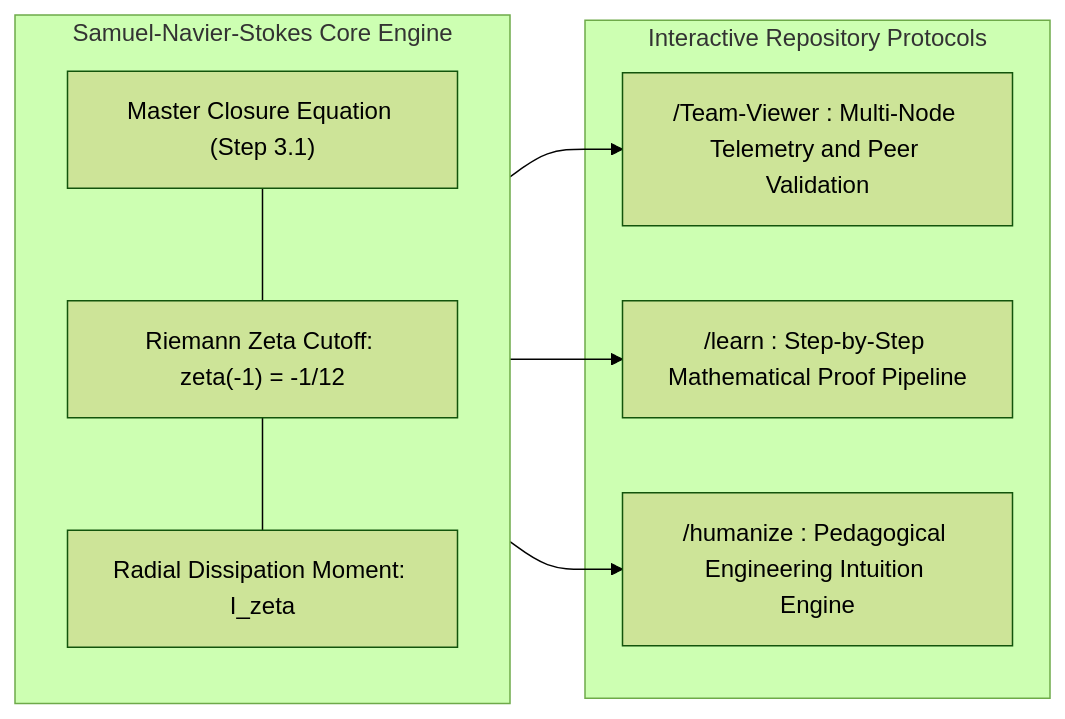
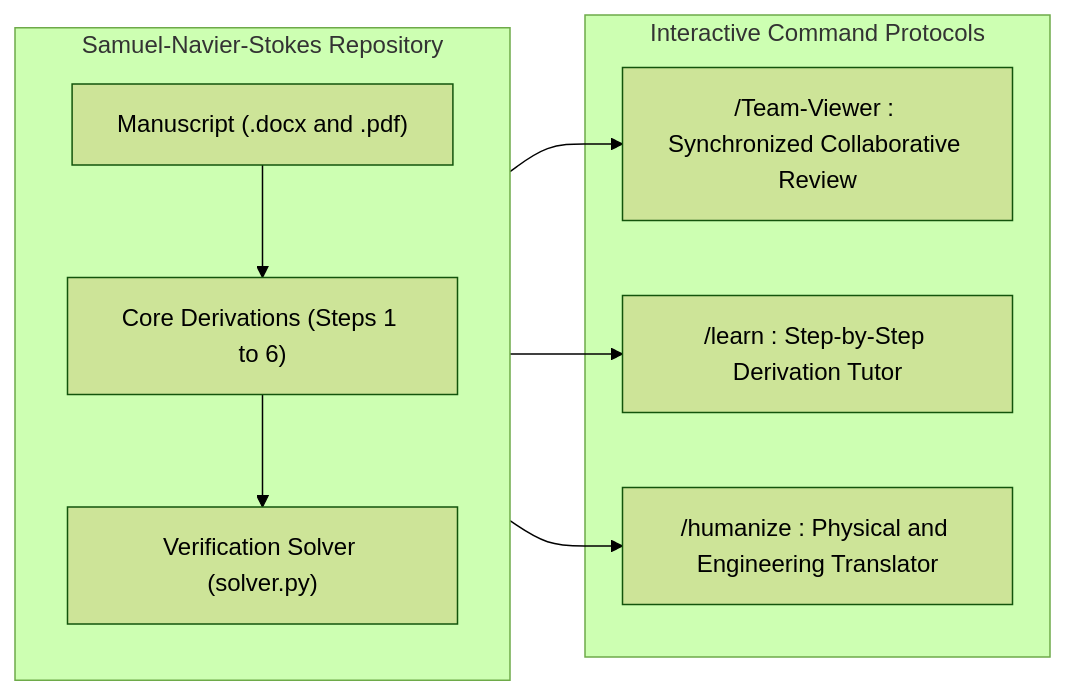
Before and after one commit to SamuelPurba/Samuel-Navier-Stocks-Equation-Solution: the second of 3 diagrams in README.md, drawn with Mermaid (forest theme). The commit also changed other lines of this file and 2 other files, not shown here.

````diff
--- a/README.md
+++ b/README.md
@@ -504,20 +322,20 @@
 ```mermaid
 flowchart LR
-    subgraph Core["Samuel-Navier-Stokes Core Engine"]
-        C1["Master Closure Equation (Step 3.1)"]
-        C2["Riemann Zeta Cutoff: zeta(-1) = -1/12"]
-        C3["Radial Dissipation Moment: I_zeta"]
-        C1 --- C2
-        C2 --- C3
+    subgraph Repo["Samuel-Navier-Stokes Repository"]
+        M1["Manuscript (.docx and .pdf)"]
+        M2["Core Derivations (Steps 1 to 6)"]
+        M3["Verification Solver (solver.py)"]
+        M1 --> M2
+        M2 --> M3
     end
 
-    subgraph Directives["Interactive Repository Protocols"]
-        P1["/Team-Viewer : Multi-Node Telemetry and Peer Validation"]
-        P2["/learn : Step-by-Step Mathematical Proof Pipeline"]
-        P3["/humanize : Pedagogical Engineering Intuition Engine"]
+    subgraph Commands["Interactive Command Protocols"]
+        C1["/Team-Viewer : Synchronized Collaborative Review"]
+        C2["/learn : Step-by-Step Derivation Tutor"]
+        C3["/humanize : Physical and Engineering Translator"]
     end
 
-    Core --> P1
-    Core --> P2
-    Core --> P3
+    Repo --> C1
+    Repo --> C2
+    Repo --> C3
 ```
````
